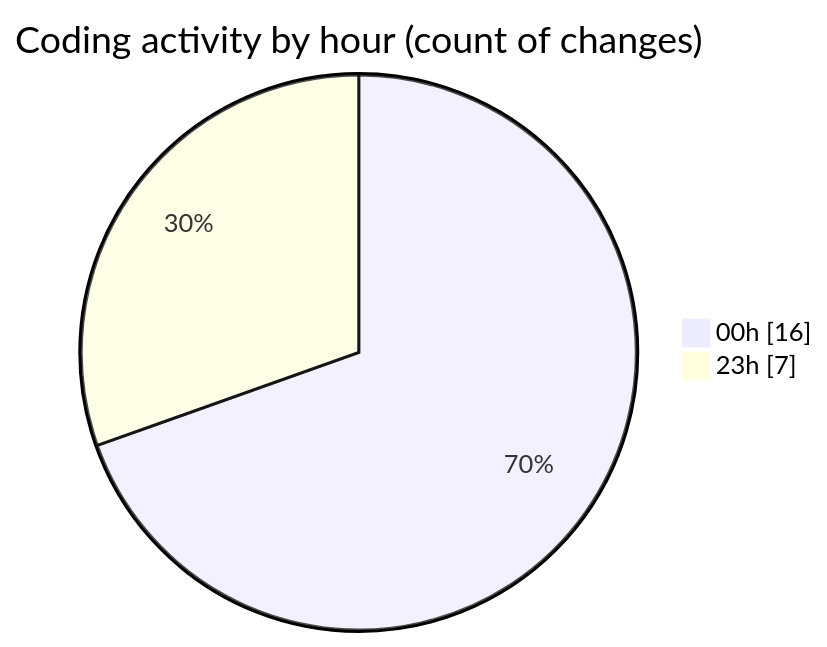
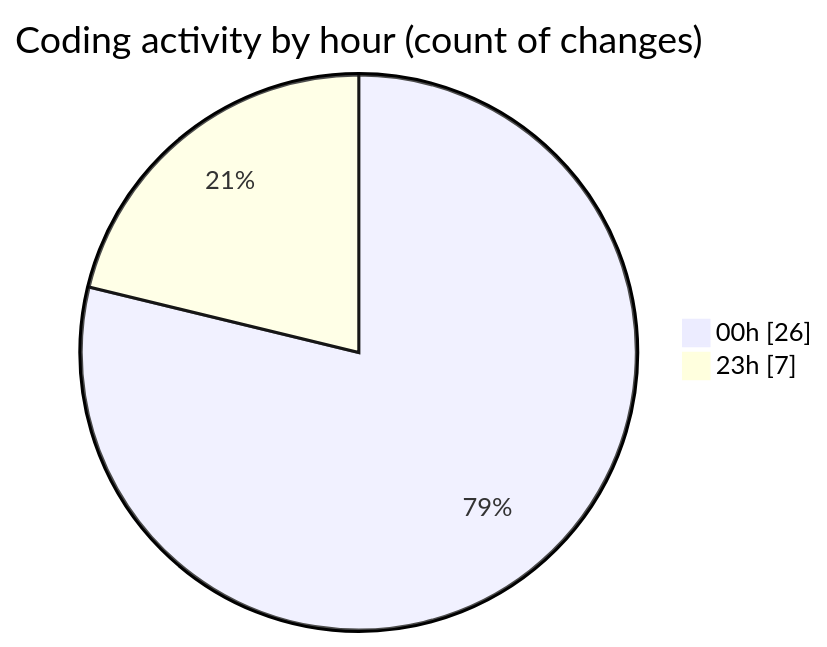
One commit to lephambinh05/code-tracking changed the second of 2 diagrams in 2025-08-12/rentotp/README.md. Above: the diagram before and after it, drawn with Mermaid. The commit also changed other lines of this file and 1 other file, not shown here.

````diff
--- a/2025-08-12/rentotp/README.md
+++ b/2025-08-12/rentotp/README.md
@@ -35,6 +38,6 @@
 ```mermaid
 pie showData
 title Coding activity by hour (count of changes)
-"00h" : 16
+"00h" : 26
 "23h" : 7
 ```
````
